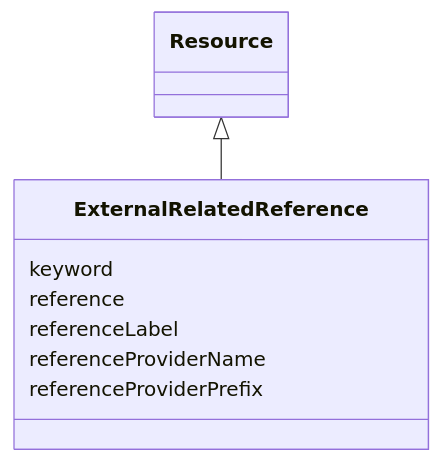
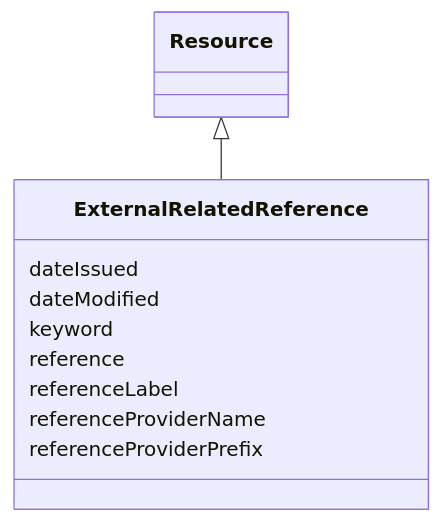
One commit to EVORA-project/evora-ontology changed the diagram in models/docs/ExternalRelatedReference.md. Above: the diagram before and after it, drawn with Mermaid. The commit also changed other lines of this file and 377 other files, not shown here.

````diff
--- a/models/docs/ExternalRelatedReference.md
+++ b/models/docs/ExternalRelatedReference.md
@@ -19,19 +19,23 @@
 ```mermaid
  classDiagram
     class ExternalRelatedReference
     click ExternalRelatedReference href "../ExternalRelatedReference"
       Resource <|-- ExternalRelatedReference
         click Resource href "../Resource"
       
+      ExternalRelatedReference : dateIssued
+        
+      ExternalRelatedReference : dateModified
+        
       ExternalRelatedReference : keyword
         
       ExternalRelatedReference : reference
         
       ExternalRelatedReference : referenceLabel
         
       ExternalRelatedReference : referenceProviderName
         
       ExternalRelatedReference : referenceProviderPrefix
         
       
 ```
````
